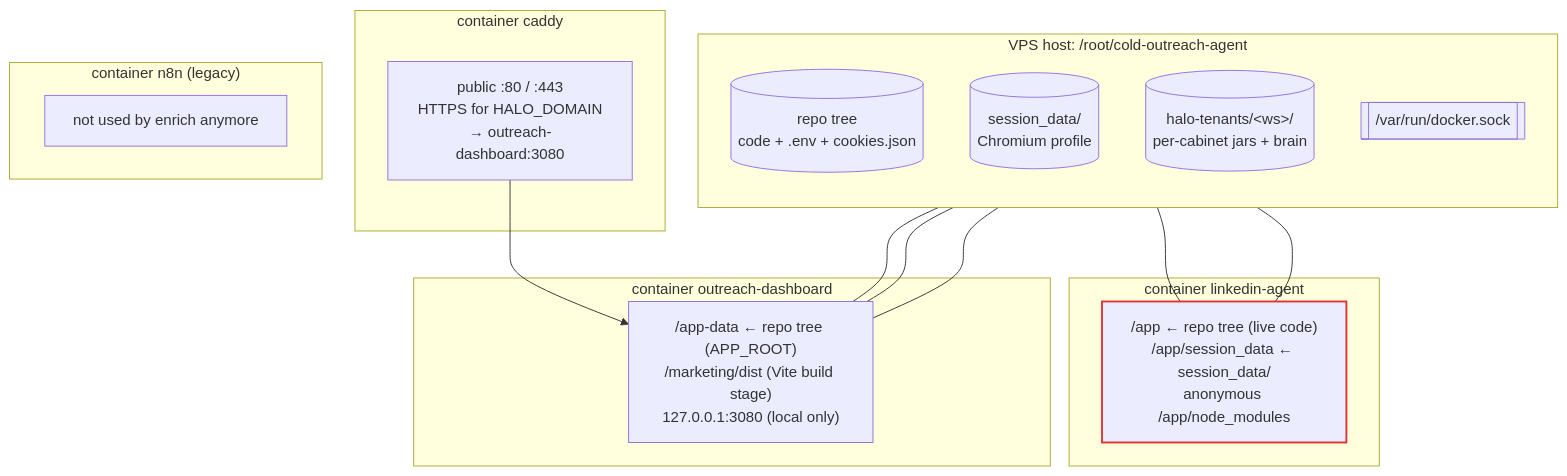
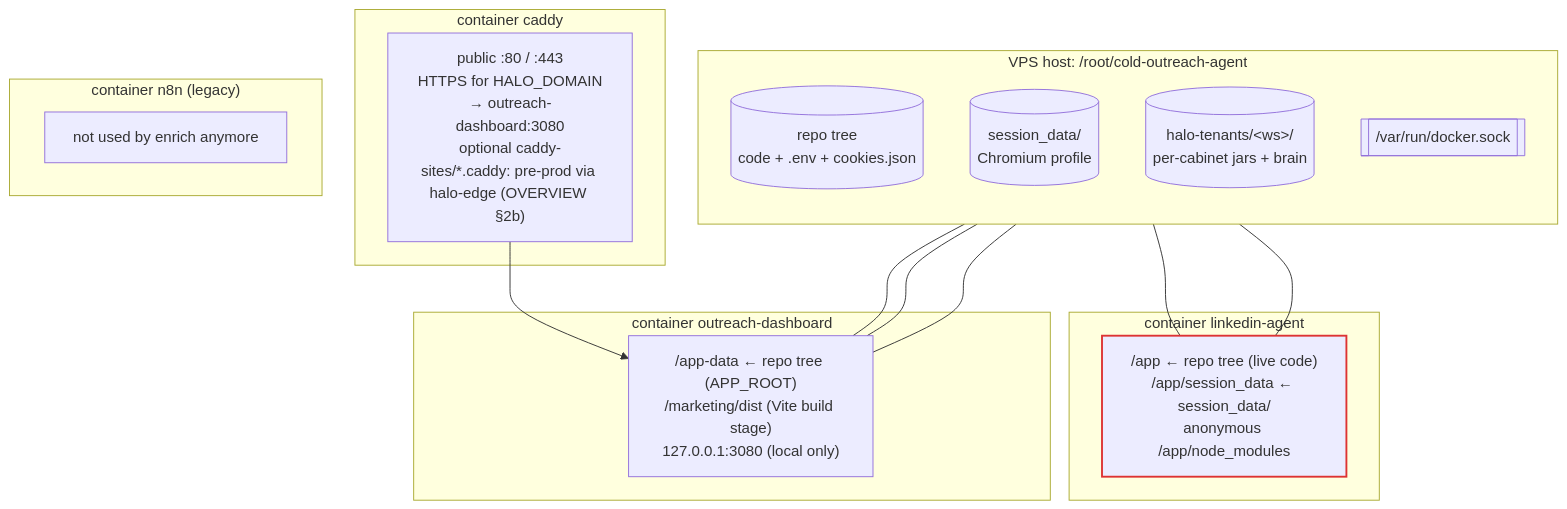
The second of 3 diagrams in docs/architecture/README.md (waffiman/H.A.L.O.), drawn with Mermaid before and after one commit. The commit also changed 18 other files, not shown here.

First line of the commit message:
Add pre-prod environment scaffolding on the prod VPS.

````diff
--- a/docs/architecture/README.md
+++ b/docs/architecture/README.md
@@ -73,32 +73,32 @@
 ```mermaid
 flowchart TB
   classDef li stroke:#d33,stroke-width:2px
 
   subgraph Host["VPS host: /root/cold-outreach-agent"]
     direction TB
     Tree[("repo tree<br/>code + .env + cookies.json")]
     SD[("session_data/<br/>Chromium profile")]
     Tenants[("halo-tenants/&lt;ws&gt;/<br/>per-cabinet jars + brain")]
     Sock[["/var/run/docker.sock"]]
   end
 
   subgraph C1["container linkedin-agent"]
     A["/app ← repo tree (live code)<br/>/app/session_data ← session_data/<br/>anonymous /app/node_modules"]:::li
   end
   subgraph C2["container outreach-dashboard"]
     D["/app-data ← repo tree (APP_ROOT)<br/>/marketing/dist (Vite build stage)<br/>127.0.0.1:3080 (local only)"]
   end
   subgraph C4["container caddy"]
-    Cd["public :80 / :443<br/>HTTPS for HALO_DOMAIN<br/>→ outreach-dashboard:3080"]
+    Cd["public :80 / :443<br/>HTTPS for HALO_DOMAIN<br/>→ outreach-dashboard:3080<br/>optional caddy-sites/*.caddy: pre-prod via halo-edge (OVERVIEW §2b)"]
   end
   subgraph C3["container n8n (legacy)"]
     N["not used by enrich anymore"]
   end
 
   Tree --- A
   SD --- A
   Tree --- D
   Tenants --- D
   Sock --- D
   Cd --> D
 ```
````
